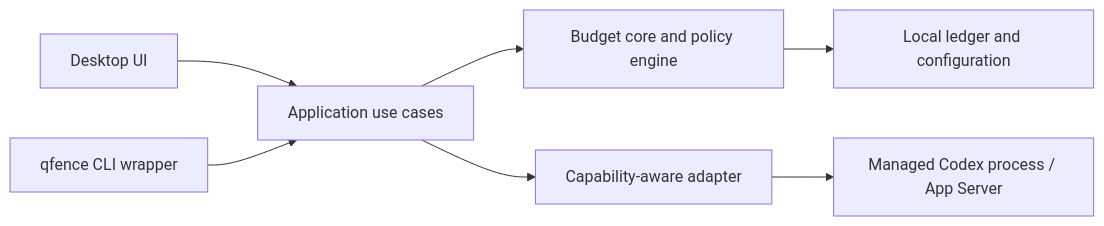
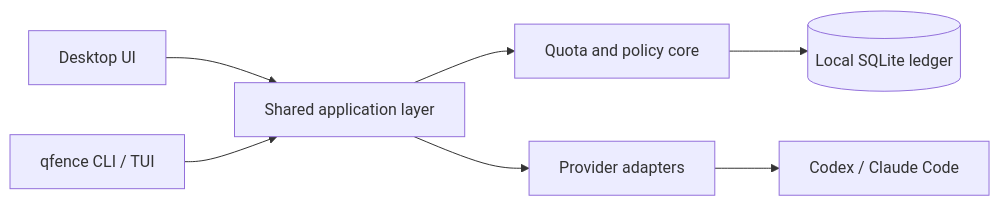
The diagram in README.md (quotafence/quotafence), drawn with Mermaid before and after one commit. The commit also changed other lines of this file and 1 other file, not shown here.

````diff
--- a/README.md
+++ b/README.md
@@ -155,9 +251,9 @@
 ```mermaid
 flowchart LR
-  UI["Desktop UI"] --> APP["Application use cases"]
-  CLI["qfence CLI wrapper"] --> APP
-  APP --> CORE["Budget core and policy engine"]
-  CORE --> STORE["Local ledger and configuration"]
-  APP --> ADAPTER["Capability-aware adapter"]
-  ADAPTER --> PROVIDER["Managed Codex process / App Server"]
+  UI[Desktop UI] --> APP[Shared application layer]
+  CLI[qfence CLI / TUI] --> APP
+  APP --> CORE[Quota and policy core]
+  CORE --> STORE[(Local SQLite ledger)]
+  APP --> ADAPTER[Provider adapters]
+  ADAPTER --> AGENTS[Codex / Claude Code]
 ```
````
